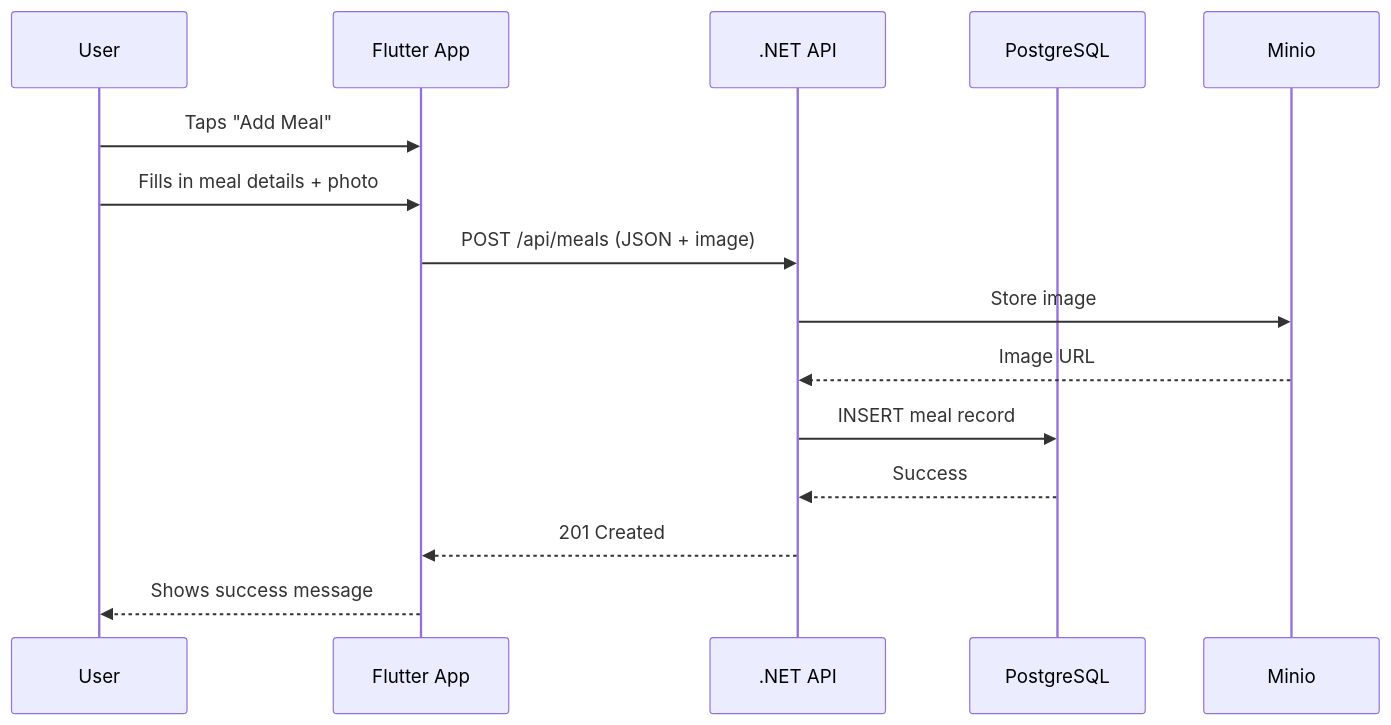
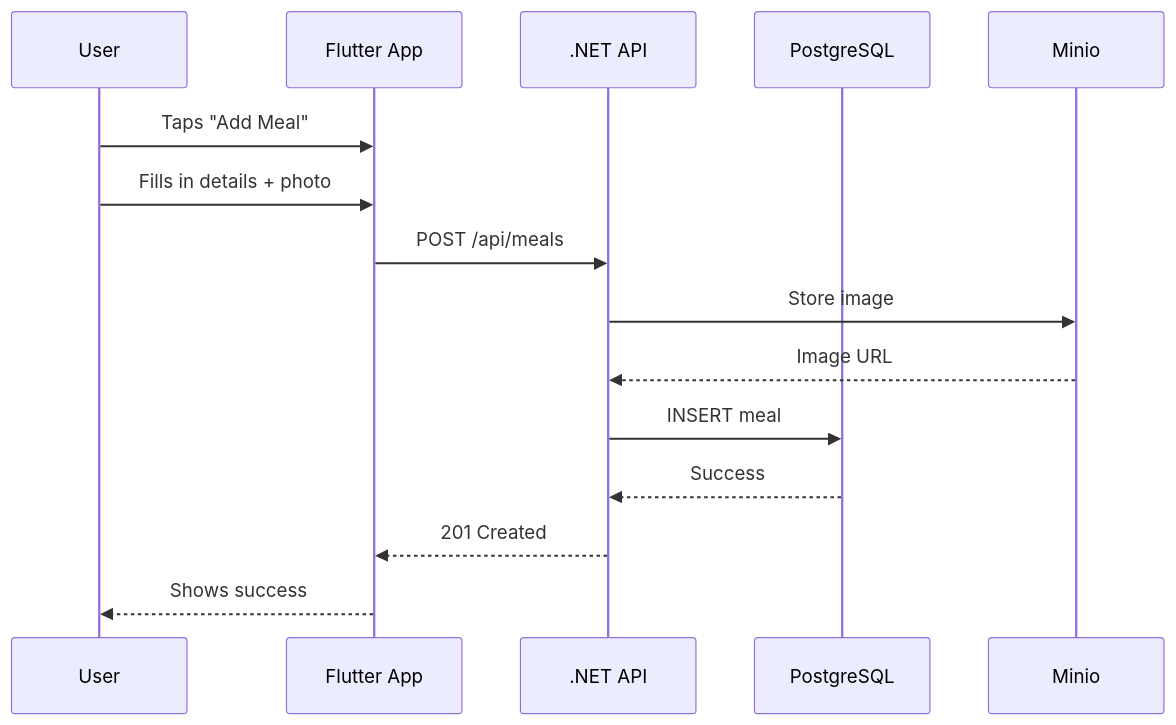
One commit to aau-giraf/wiki changed the third of 5 diagrams in docs/Development/architecture.md. Above: the diagram before and after it, drawn with Mermaid. The commit also changed other lines of this file, not shown here.

Commit message:
Add equal VTA coverage to architecture overview

````diff
--- a/docs/Development/architecture.md
+++ b/docs/Development/architecture.md
@@ -59,18 +76,18 @@
 ```mermaid
 sequenceDiagram
     participant User
     participant Flutter as Flutter App
     participant API as .NET API
     participant DB as PostgreSQL
     participant Minio as Minio
 
     User->>Flutter: Taps "Add Meal"
-    User->>Flutter: Fills in meal details + photo
-    Flutter->>API: POST /api/meals (JSON + image)
+    User->>Flutter: Fills in details + photo
+    Flutter->>API: POST /api/meals
     API->>Minio: Store image
     Minio-->>API: Image URL
-    API->>DB: INSERT meal record
+    API->>DB: INSERT meal
     DB-->>API: Success
     API-->>Flutter: 201 Created
-    Flutter-->>User: Shows success message
+    Flutter-->>User: Shows success
 ```
````
